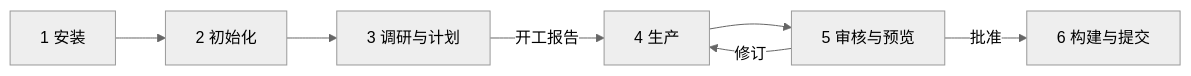
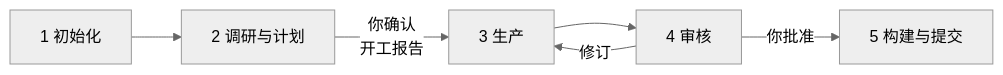
One commit to context4ai/portal changed the diagram in translations/zh-CN/product/getting-started/workflow-at-a-glance.md. Above: the diagram before and after it, drawn with Mermaid (neutral theme). The commit also changed other lines of this file and 138 other files, not shown here.

````diff
--- a/translations/zh-CN/product/getting-started/workflow-at-a-glance.md
+++ b/translations/zh-CN/product/getting-started/workflow-at-a-glance.md
@@ -37,9 +18,8 @@
 ```mermaid
 flowchart LR
-  s1["1 安装"] --> s2["2 初始化"]
-  s2 --> s3["3 调研与计划"]
-  s3 -->|"开工报告"| s4["4 生产"]
-  s4 --> s5["5 审核与预览"]
-  s5 -->|"修订"| s4
-  s5 -->|"批准"| s6["6 构建与提交"]
+  s1["1 初始化"] --> s2["2 调研与计划"]
+  s2 -->|"你确认<br/>开工报告"| s3["3 生产"]
+  s3 --> s4["4 审核"]
+  s4 -->|"修订"| s3
+  s4 -->|"你批准"| s5["5 构建与提交"]
 ```
````
